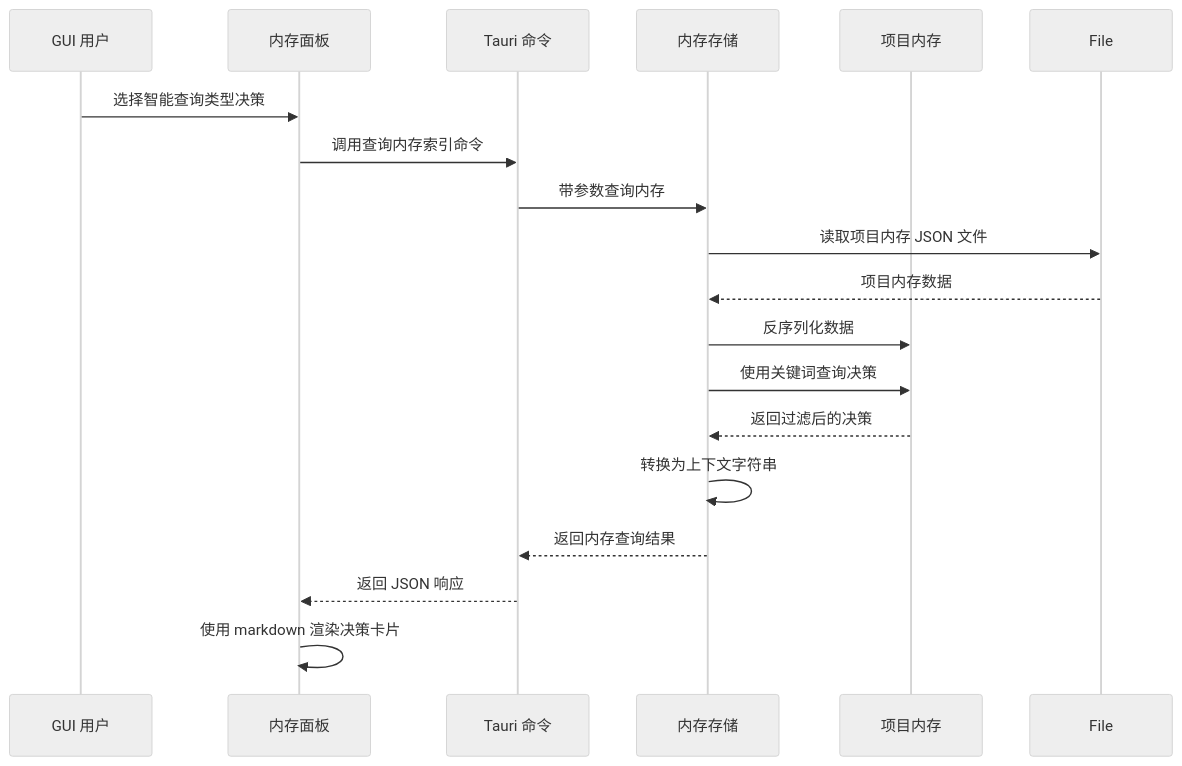
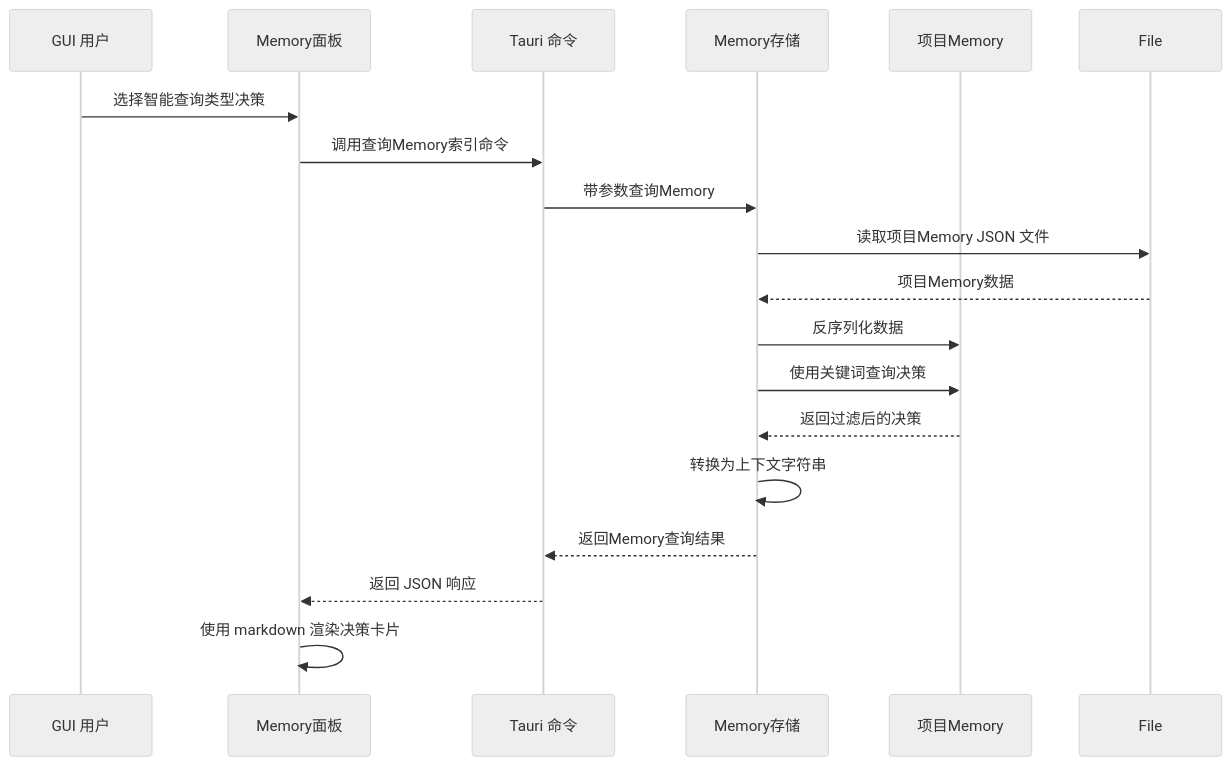
One commit to sopaco/cowork-forge changed the second of 2 diagrams in litho.docs/zh/4、深入探索/4.6、自迭代记忆系统.md. Above: the diagram before and after it, drawn with Mermaid (neutral theme). The commit also changed other lines of this file and 14 other files, not shown here.

````diff
--- a/litho.docs/zh/4、深入探索/4.6、自迭代记忆系统.md
+++ b/litho.docs/zh/4、深入探索/4.6、自迭代记忆系统.md
@@ -402,23 +402,23 @@
 ```mermaid
 sequenceDiagram
     participant User as GUI 用户
-    participant Panel as 内存面板
+    participant Panel as Memory面板
     participant Cmd as Tauri 命令
-    participant Store as 内存存储
-    participant PM as 项目内存
+    participant Store as Memory存储
+    participant PM as 项目Memory
     
     User->>Panel: 选择智能查询类型决策
-    Panel->>Cmd: 调用查询内存索引命令
-    Cmd->>Store: 带参数查询内存
+    Panel->>Cmd: 调用查询Memory索引命令
+    Cmd->>Store: 带参数查询Memory
     
-    Store->>File: 读取项目内存 JSON 文件
-    File-->>Store: 项目内存数据
+    Store->>File: 读取项目Memory JSON 文件
+    File-->>Store: 项目Memory数据
     Store->>PM: 反序列化数据
     Store->>PM: 使用关键词查询决策
     PM-->>Store: 返回过滤后的决策
     
     Store->>Store: 转换为上下文字符串
-    Store-->>Cmd: 返回内存查询结果
+    Store-->>Cmd: 返回Memory查询结果
     Cmd-->>Panel: 返回 JSON 响应
     Panel->>Panel: 使用 markdown 渲染决策卡片
 ```
````
